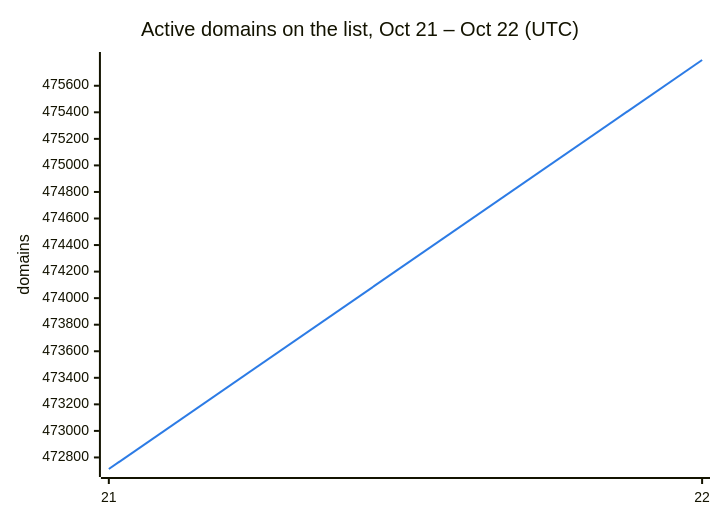
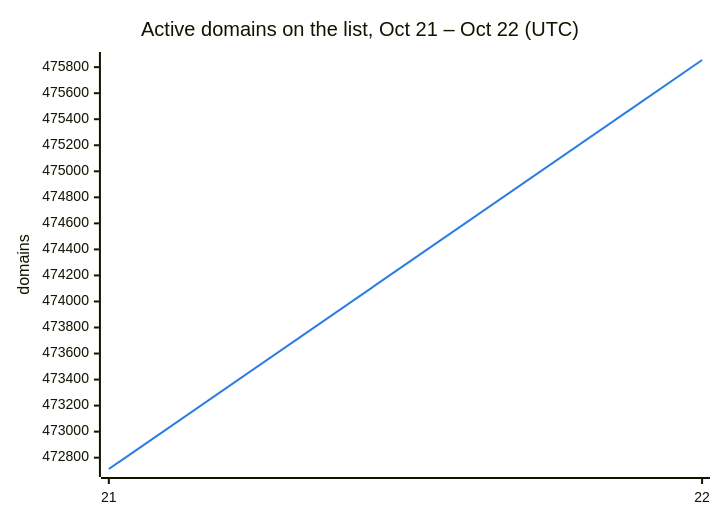
Before and after one commit to DNSBunker/CTI: the second of 3 diagrams in README.md, drawn with Mermaid. The commit also changed other lines of this file and 3 other files, not shown here.

````diff
--- a/README.md
+++ b/README.md
@@ -38,8 +38,8 @@
 ```mermaid
 %%{init: {"themeVariables": {"xyChart": {"plotColorPalette": "#2c7be5"}}}}%%
 xychart-beta
     title "Active domains on the list, Oct 21 – Oct 22 (UTC)"
     x-axis ["21", "22"]
     y-axis "domains"
-    line [472713, 475794]
+    line [472713, 475855]
 ```
````
